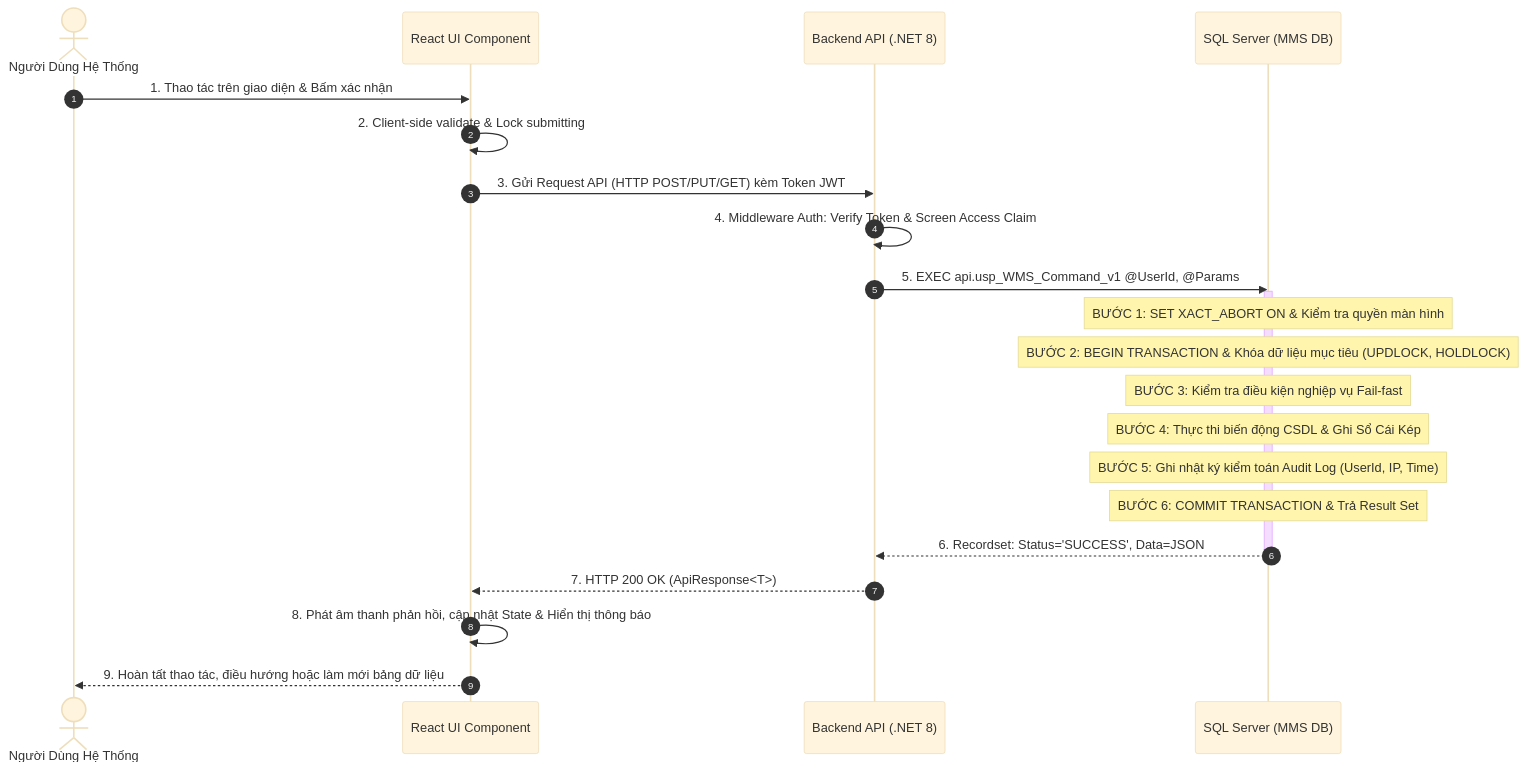
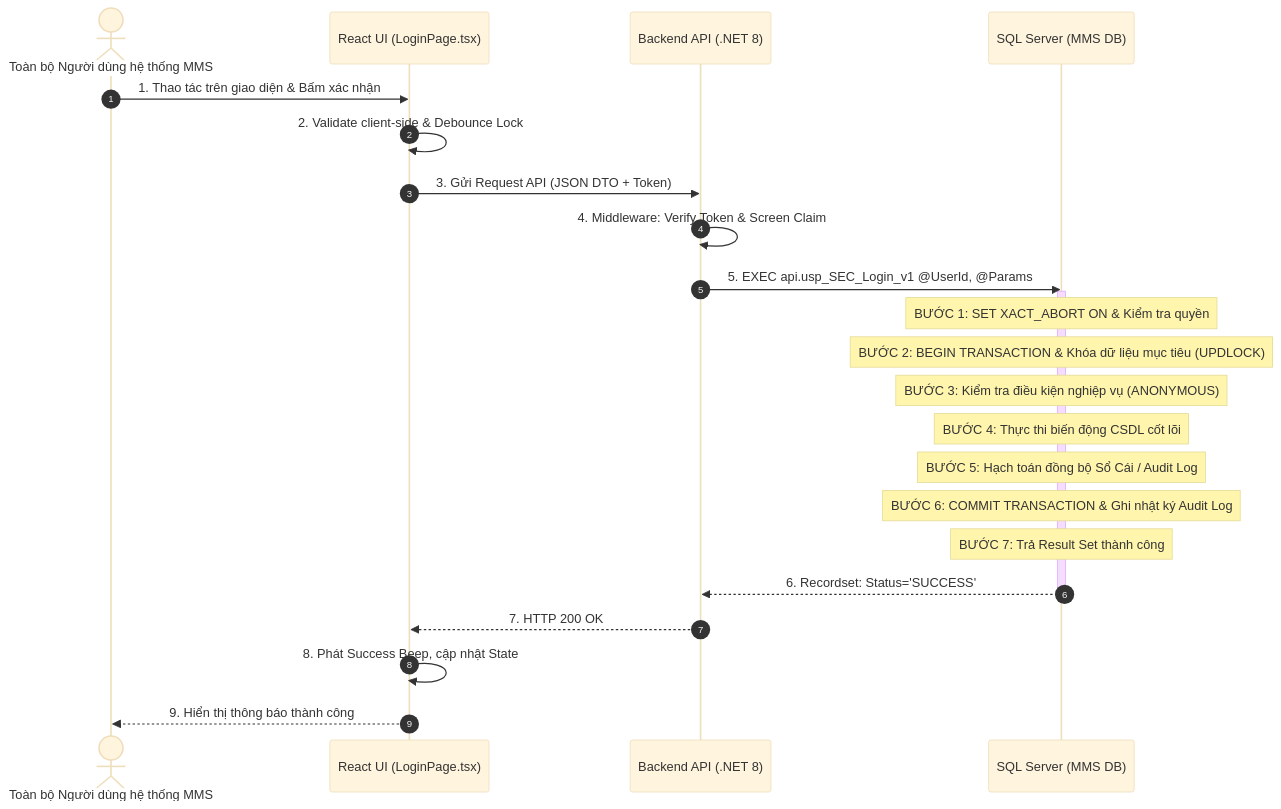
The first of 2 diagrams in docs/03-use-cases/UC-01_AUTH-01.md (Sohoa-KNSG/mms), drawn with Mermaid (base theme) before and after one commit. The commit also changed other lines of this file and 44 other files, not shown here.

````diff
--- a/docs/03-use-cases/UC-01_AUTH-01.md
+++ b/docs/03-use-cases/UC-01_AUTH-01.md
@@ -115,29 +146,30 @@
 ```mermaid
 sequenceDiagram
     autonumber
-    actor User as Người Dùng Hệ Thống
-    participant UI as React UI Component
+    actor User as Toàn bộ Người dùng hệ thống MMS
+    participant UI as React UI (LoginPage.tsx)
     participant API as Backend API (.NET 8)
     participant DB as SQL Server (MMS DB)
 
     User->>UI: 1. Thao tác trên giao diện & Bấm xác nhận
-    UI->>UI: 2. Client-side validate & Lock submitting
-    UI->>API: 3. Gửi Request API (HTTP POST/PUT/GET) kèm Token JWT
+    UI->>UI: 2. Validate client-side & Debounce Lock
+    UI->>API: 3. Gửi Request API (JSON DTO + Token)
     
-    API->>API: 4. Middleware Auth: Verify Token & Screen Access Claim
-    API->>DB: 5. EXEC api.usp_WMS_Command_v1 @UserId, @Params
+    API->>API: 4. Middleware: Verify Token & Screen Claim
+    API->>DB: 5. EXEC api.usp_SEC_Login_v1 @UserId, @Params
     
     activate DB
-    Note over DB: BƯỚC 1: SET XACT_ABORT ON & Kiểm tra quyền màn hình
-    Note over DB: BƯỚC 2: BEGIN TRANSACTION & Khóa dữ liệu mục tiêu (UPDLOCK, HOLDLOCK)
-    Note over DB: BƯỚC 3: Kiểm tra điều kiện nghiệp vụ Fail-fast
-    Note over DB: BƯỚC 4: Thực thi biến động CSDL & Ghi Sổ Cái Kép
-    Note over DB: BƯỚC 5: Ghi nhật ký kiểm toán Audit Log (UserId, IP, Time)
-    Note over DB: BƯỚC 6: COMMIT TRANSACTION & Trả Result Set
-    DB-->>API: 6. Recordset: Status='SUCCESS', Data=JSON
+    Note over DB: BƯỚC 1: SET XACT_ABORT ON & Kiểm tra quyền
+    Note over DB: BƯỚC 2: BEGIN TRANSACTION & Khóa dữ liệu mục tiêu (UPDLOCK)
+    Note over DB: BƯỚC 3: Kiểm tra điều kiện nghiệp vụ (ANONYMOUS)
+    Note over DB: BƯỚC 4: Thực thi biến động CSDL cốt lõi
+    Note over DB: BƯỚC 5: Hạch toán đồng bộ Sổ Cái / Audit Log
+    Note over DB: BƯỚC 6: COMMIT TRANSACTION & Ghi nhật ký Audit Log
+    Note over DB: BƯỚC 7: Trả Result Set thành công
+    DB-->>API: 6. Recordset: Status='SUCCESS'
     deactivate DB
 
-    API-->>UI: 7. HTTP 200 OK (ApiResponse<T>)
-    UI->>UI: 8. Phát âm thanh phản hồi, cập nhật State & Hiển thị thông báo
-    UI-->>User: 9. Hoàn tất thao tác, điều hướng hoặc làm mới bảng dữ liệu
+    API-->>UI: 7. HTTP 200 OK
+    UI->>UI: 8. Phát Success Beep, cập nhật State
+    UI-->>User: 9. Hiển thị thông báo thành công
 ```
````
